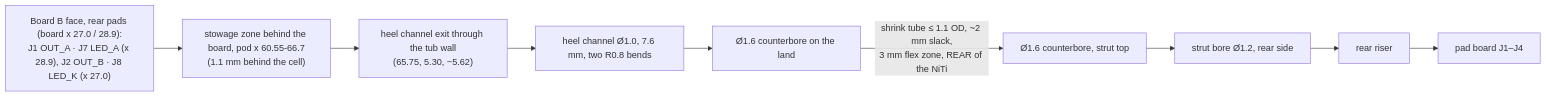
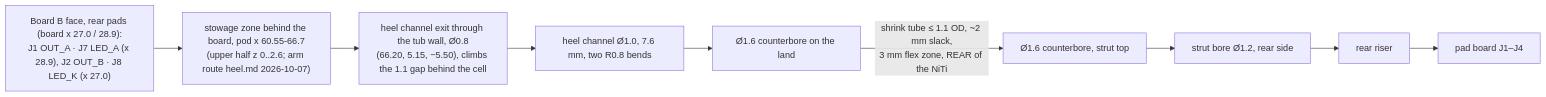
One commit to HrafnaValkyrja/ultrasonic changed the diagram in docs/system/reg-arm.md. Above: the diagram before and after it, drawn with Mermaid. The commit also changed other lines of this file and 8 other files, not shown here.

First line of the commit message:
heel: channel exit re-routed into the rear gap behind the cell (reg-arm issue 1, reg-pod-body issue 6)

````diff
--- a/docs/system/reg-arm.md
+++ b/docs/system/reg-arm.md
@@ -18,9 +18,9 @@
 ```mermaid
 flowchart LR
-  J["Board B face, rear pads (board x 27.0 / 28.9):<br/>J1 OUT_A · J7 LED_A (x 28.9), J2 OUT_B · J8 LED_K (x 27.0)"] --> GAP["stowage zone behind the board, pod x 60.55-66.7<br/>(1.1 mm behind the cell)"]
-  GAP --> EXIT["heel channel exit through the tub wall<br/>(65.75, 5.30, −5.62)"]
+  J["Board B face, rear pads (board x 27.0 / 28.9):<br/>J1 OUT_A · J7 LED_A (x 28.9), J2 OUT_B · J8 LED_K (x 27.0)"] --> GAP["stowage zone behind the board, pod x 60.55-66.7<br/>(upper half z 0..2.6; arm route heel.md 2026-10-07)"]
+  GAP --> EXIT["heel channel exit through the tub wall, Ø0.8<br/>(66.20, 5.15, −5.50), climbs the 1.1 gap behind the cell"]
   EXIT --> CH["heel channel Ø1.0, 7.6 mm, two R0.8 bends"]
   CH --> CB1["Ø1.6 counterbore on the land"]
   CB1 -->|"shrink tube ≤ 1.1 OD, ~2 mm slack,<br/>3 mm flex zone, REAR of the NiTi"| CB2["Ø1.6 counterbore, strut top"]
   CB2 --> SB["strut bore Ø1.2, rear side"] --> R["rear riser"] --> PB["pad board J1–J4"]
 ```
````
